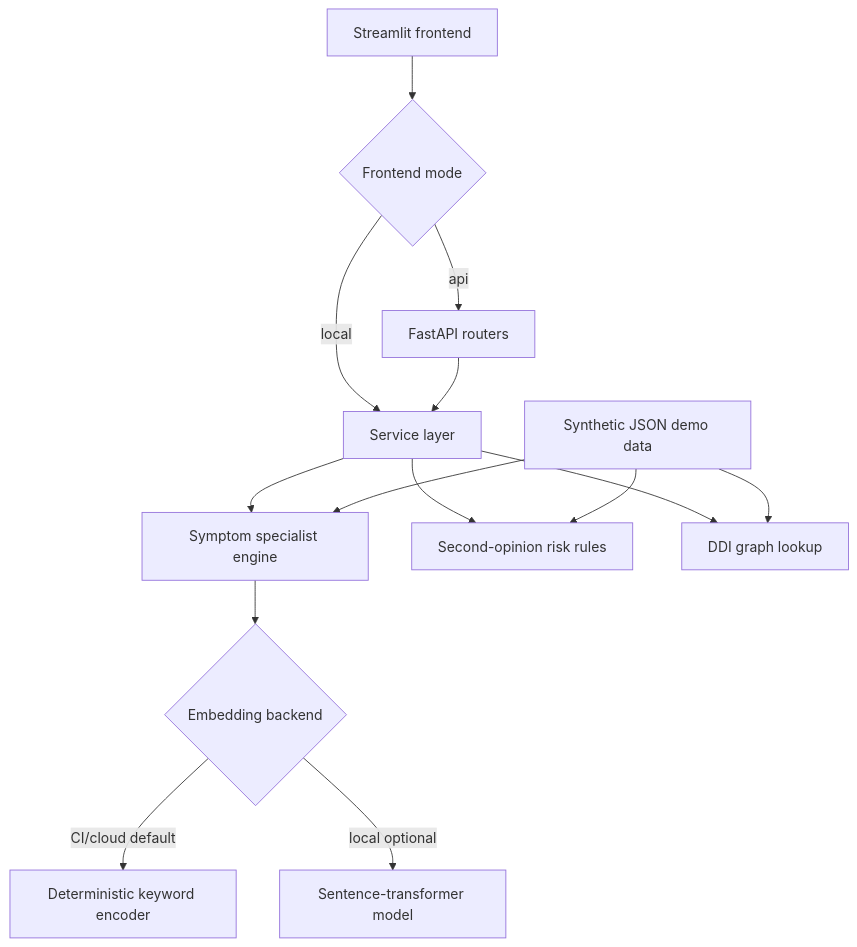
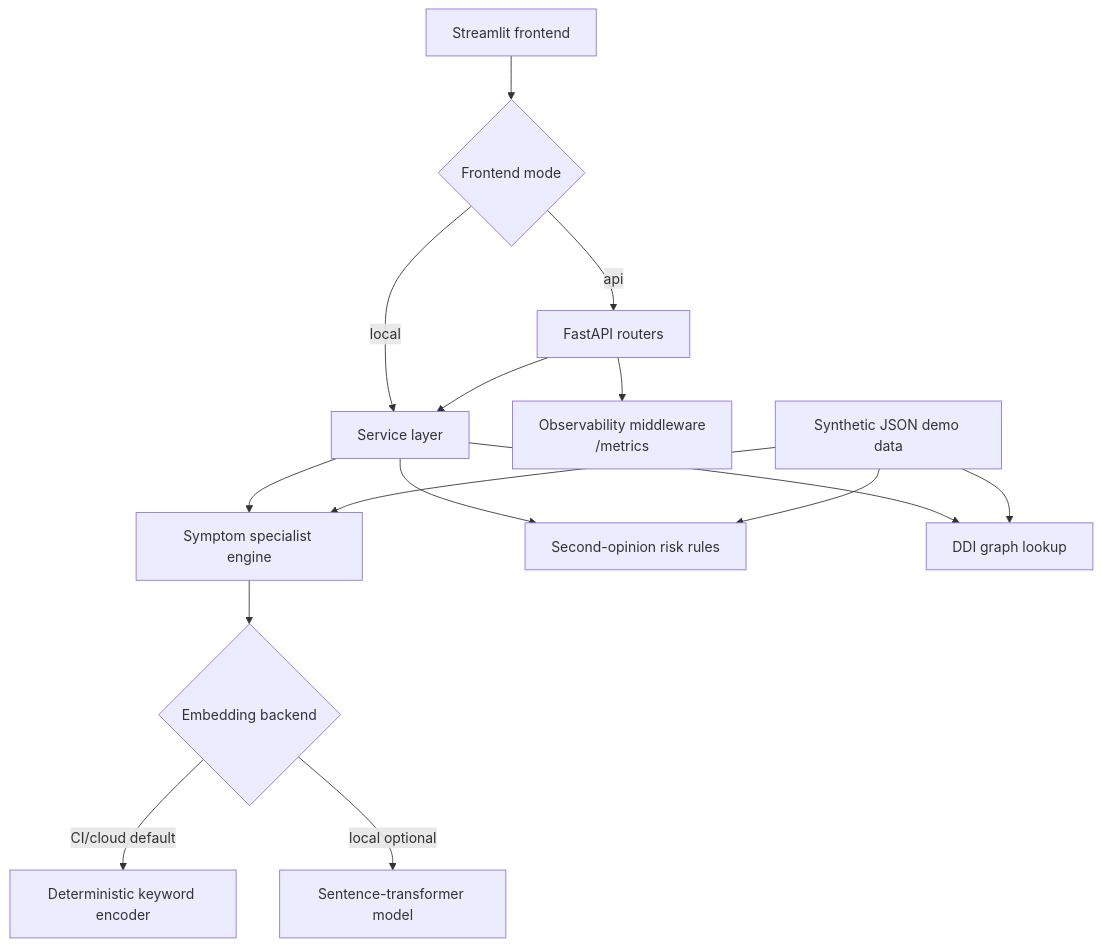
The diagram in docs/architecture.md (shreyshrivastava/ai-healthcare-intel-engine), drawn with Mermaid before and after one commit. The commit also changed other lines of this file and 40 other files, not shown here.

````diff
--- a/docs/architecture.md
+++ b/docs/architecture.md
@@ -15,16 +15,17 @@
 ```mermaid
 flowchart TD
     UI["Streamlit frontend"] --> Mode{"Frontend mode"}
     Mode -- "local" --> Services["Service layer"]
     Mode -- "api" --> API["FastAPI routers"]
+    API --> Obs["Observability middleware<br/>/metrics"]
     API --> Services
     Services --> Symptoms["Symptom specialist engine"]
     Services --> Risk["Second-opinion risk rules"]
     Services --> DDI["DDI graph lookup"]
     Data["Synthetic JSON demo data"] --> Symptoms
     Data --> Risk
     Data --> DDI
     Symptoms --> Encoder{"Embedding backend"}
     Encoder -- "CI/cloud default" --> Keyword["Deterministic keyword encoder"]
     Encoder -- "local optional" --> ST["Sentence-transformer model"]
 ```
````
